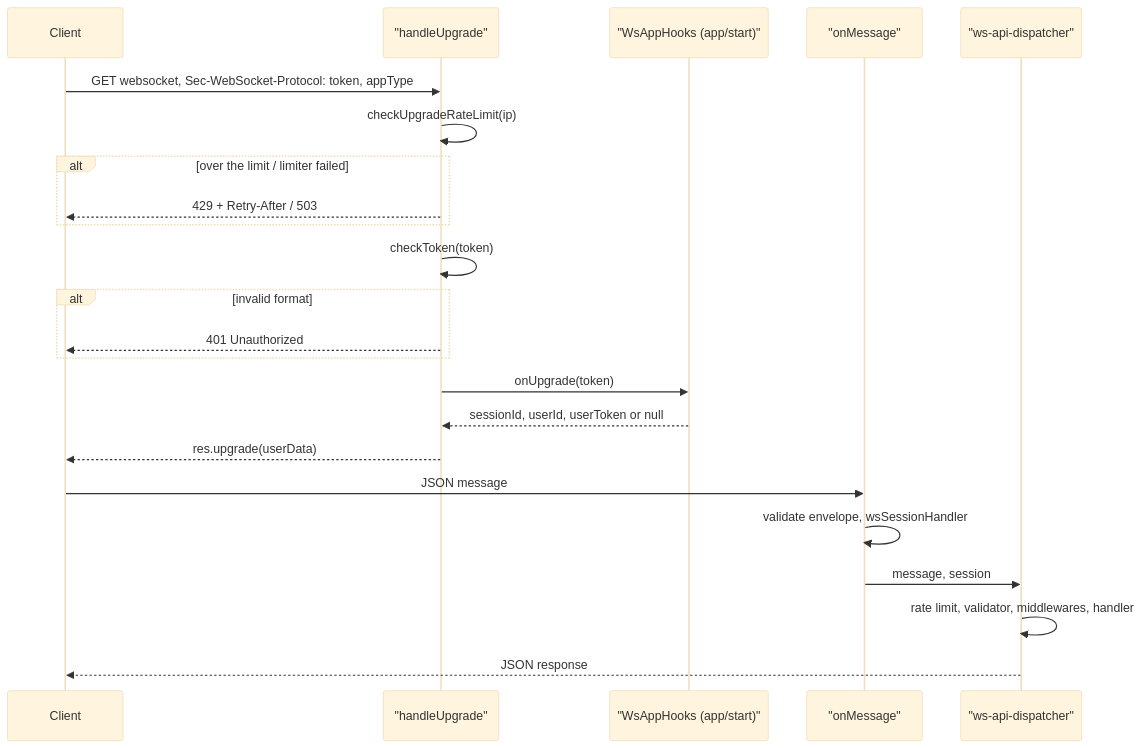
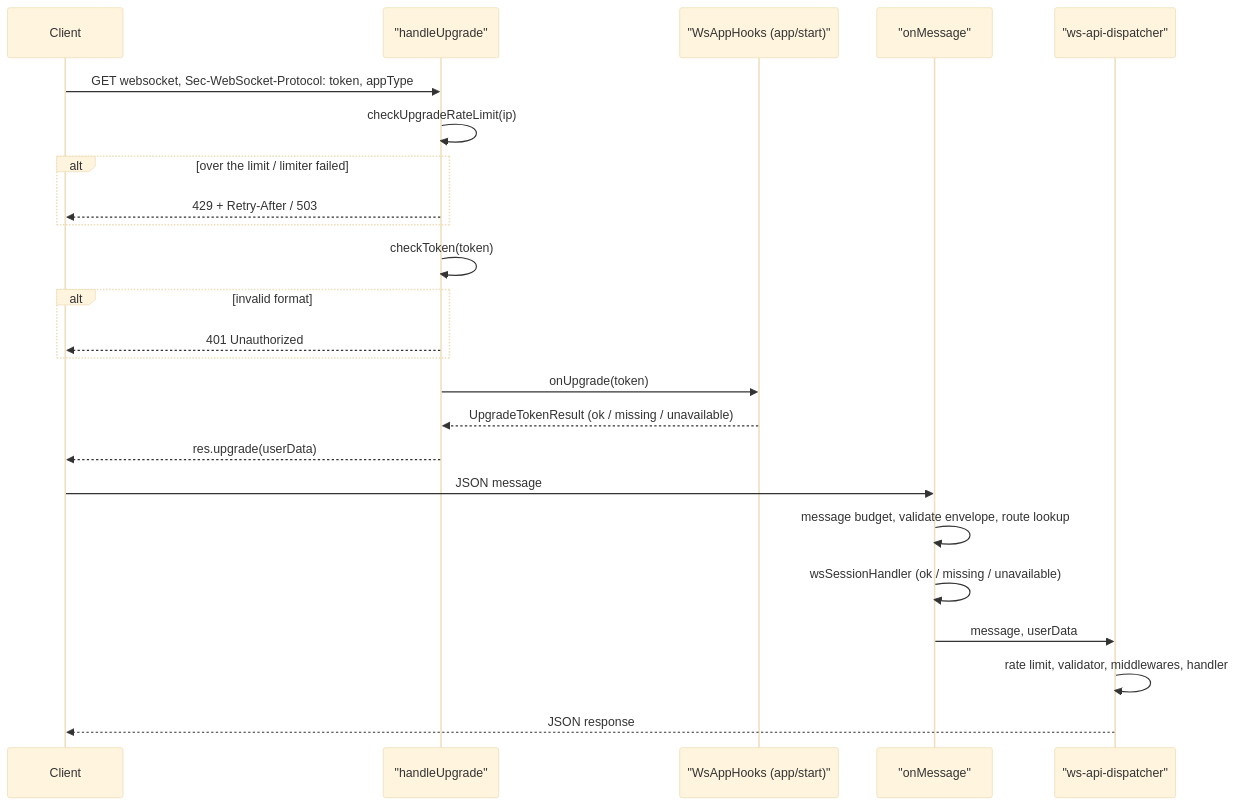
Before and after one commit to Blazheiko/vibe-template: the second of 2 diagrams in documentation/backend/request-lifecycle.md, drawn with Mermaid (base theme). The commit also changed other lines of this file and 22 other files, not shown here.

````diff
--- a/documentation/backend/request-lifecycle.md
+++ b/documentation/backend/request-lifecycle.md
@@ -160,25 +160,26 @@
 ```mermaid
 sequenceDiagram
   participant Client
   participant U as "handleUpgrade"
   participant Hooks as "WsAppHooks (app/start)"
   participant M as "onMessage"
   participant D as "ws-api-dispatcher"
   Client->>U: GET websocket, Sec-WebSocket-Protocol: token, appType
   U->>U: checkUpgradeRateLimit(ip)
   alt over the limit / limiter failed
     U-->>Client: 429 + Retry-After / 503
   end
   U->>U: checkToken(token)
   alt invalid format
     U-->>Client: 401 Unauthorized
   end
   U->>Hooks: onUpgrade(token)
-  Hooks-->>U: sessionId, userId, userToken or null
+  Hooks-->>U: UpgradeTokenResult (ok / missing / unavailable)
   U-->>Client: res.upgrade(userData)
   Client->>M: JSON message
-  M->>M: validate envelope, wsSessionHandler
-  M->>D: message, session
+  M->>M: message budget, validate envelope, route lookup
+  M->>M: wsSessionHandler (ok / missing / unavailable)
+  M->>D: message, userData
   D->>D: rate limit, validator, middlewares, handler
   D-->>Client: JSON response
 ```
````
